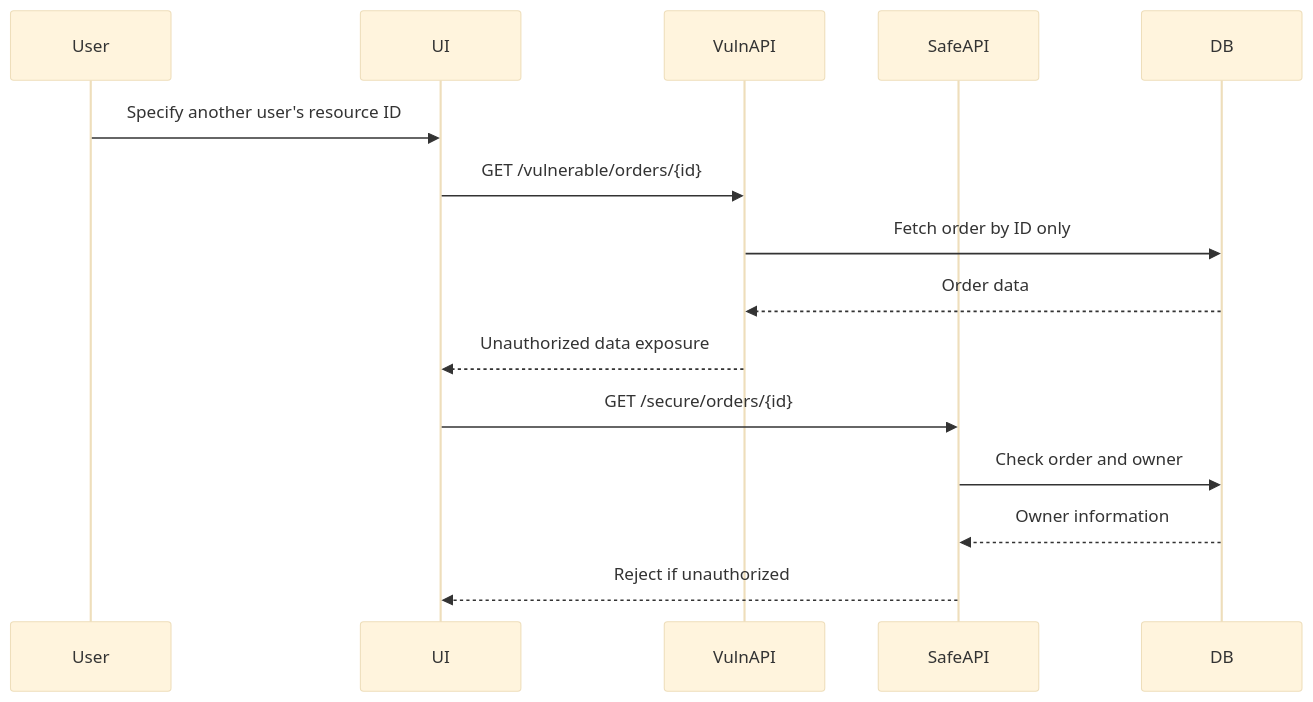
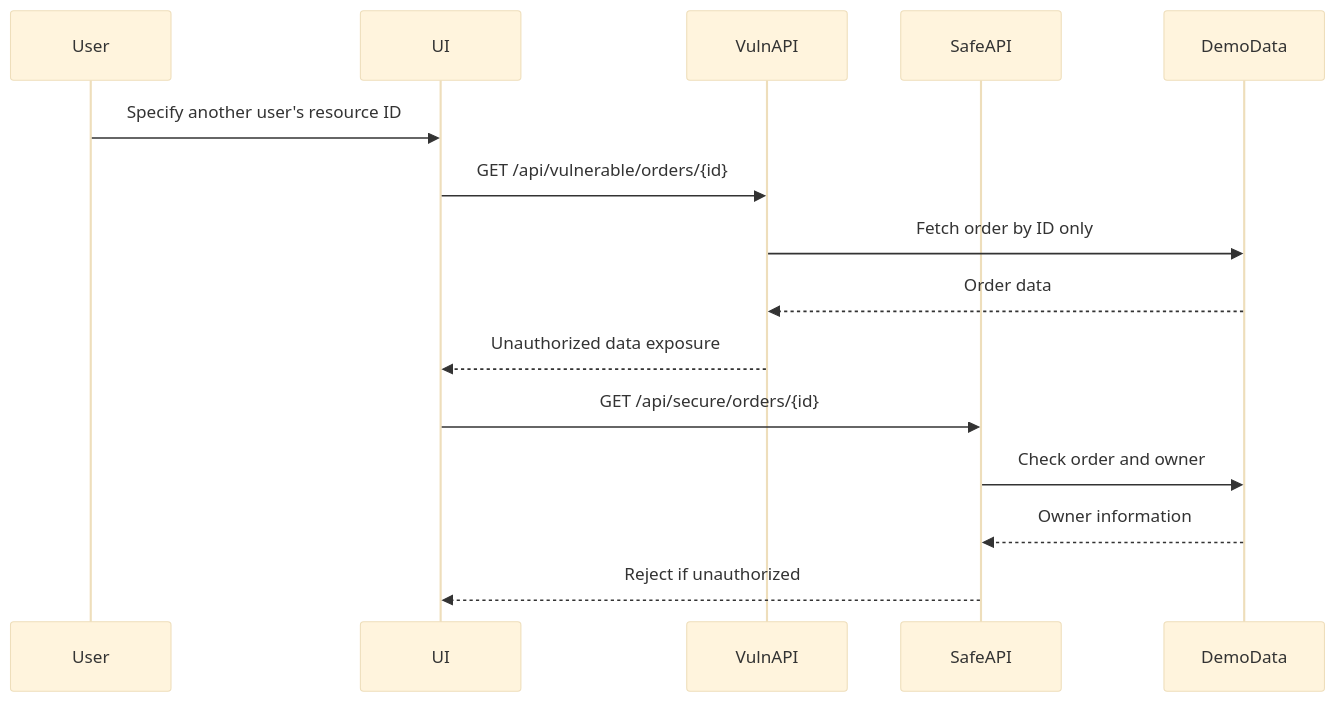
One commit to kiryu1211/api-security-lab-platform changed the third of 5 diagrams in docs/design.en.md. Above: the diagram before and after it, drawn with Mermaid (base theme). The commit also changed other lines of this file and 10 other files, not shown here.

````diff
--- a/docs/design.en.md
+++ b/docs/design.en.md
@@ -65,18 +67,18 @@
 ```mermaid
 sequenceDiagram
     participant User
     participant UI
     participant VulnAPI
     participant SafeAPI
-    participant DB
+    participant DemoData
 
     User->>UI: Specify another user's resource ID
-    UI->>VulnAPI: GET /vulnerable/orders/{id}
-    VulnAPI->>DB: Fetch order by ID only
-    DB-->>VulnAPI: Order data
+    UI->>VulnAPI: GET /api/vulnerable/orders/{id}
+    VulnAPI->>DemoData: Fetch order by ID only
+    DemoData-->>VulnAPI: Order data
     VulnAPI-->>UI: Unauthorized data exposure
-    UI->>SafeAPI: GET /secure/orders/{id}
-    SafeAPI->>DB: Check order and owner
-    DB-->>SafeAPI: Owner information
+    UI->>SafeAPI: GET /api/secure/orders/{id}
+    SafeAPI->>DemoData: Check order and owner
+    DemoData-->>SafeAPI: Owner information
     SafeAPI-->>UI: Reject if unauthorized
 ```
````
